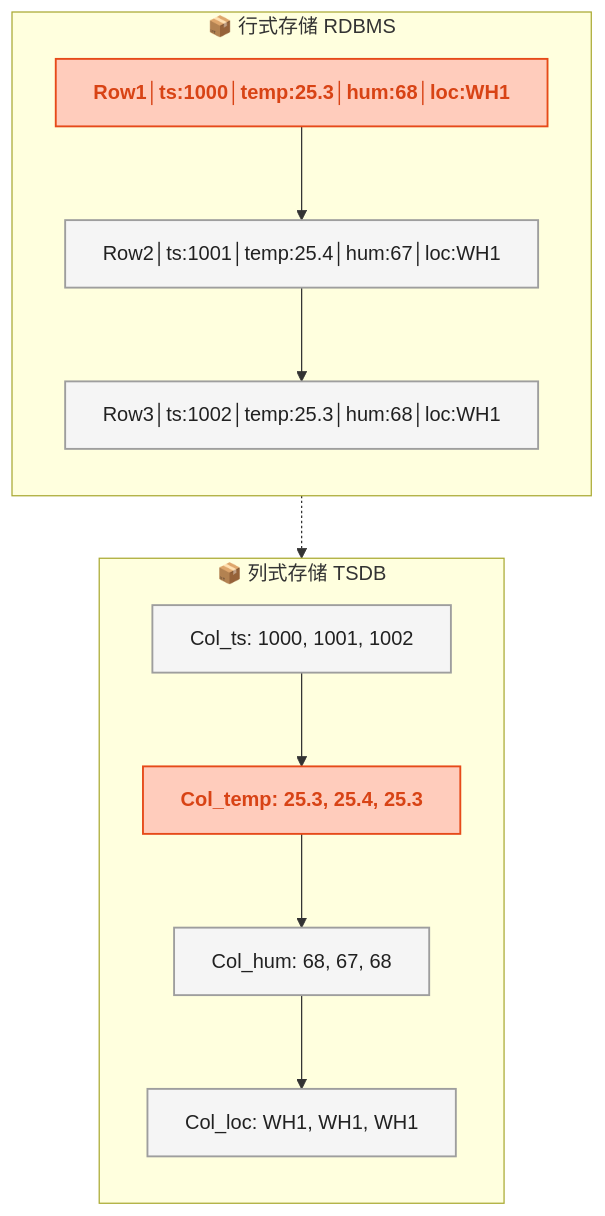
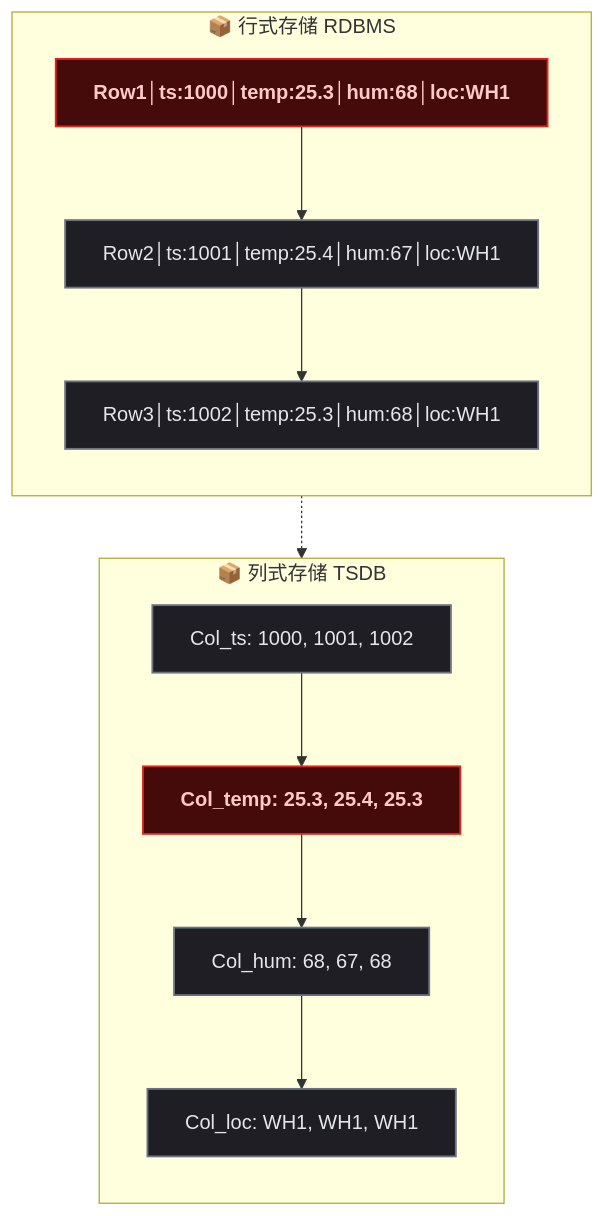
One commit to yaocat55/yaocat55.github.io changed the first of 5 diagrams in content/posts/database/time-series-database-iot-springboot.md. Above: the diagram before and after it, drawn with Mermaid. The commit also changed other lines of this file and 155 other files, not shown here.

````diff
--- a/content/posts/database/time-series-database-iot-springboot.md
+++ b/content/posts/database/time-series-database-iot-springboot.md
@@ -54,22 +54,22 @@
 ```mermaid
 flowchart TD
     subgraph row["📦 行式存储 RDBMS"]
         direction TB
         r1["Row1│ts:1000│temp:25.3│hum:68│loc:WH1"] --> r2["Row2│ts:1001│temp:25.4│hum:67│loc:WH1"]
         r2 --> r3["Row3│ts:1002│temp:25.3│hum:68│loc:WH1"]
     end
 
     subgraph col["📦 列式存储 TSDB"]
         direction TB
         c_ts["Col_ts: 1000, 1001, 1002"] --> c_temp["Col_temp: 25.3, 25.4, 25.3"]
         c_temp --> c_hum["Col_hum: 68, 67, 68"]
         c_hum --> c_loc["Col_loc: WH1, WH1, WH1"]
     end
 
     row -.-> col
 
-    classDef default fill:#F5F5F5,stroke:#9E9E9E,stroke-width:1.5px,color:#212121
-    classDef highlight fill:#FFCCBC,stroke:#E64A19,stroke-width:1.5px,color:#D84315,font-weight:bold
+classDef default fill:#1e1e24,stroke:#6b7280,stroke-width:1.5px,color:#e5e7eb;
+classDef highlight fill:#450a0a,stroke:#dc2626,stroke-width:1.5px,color:#fecaca,font-weight:bold;
     class r1,r2,r3,c_ts,c_temp,c_hum,c_loc default
     class r1,c_temp highlight
 ```
````
